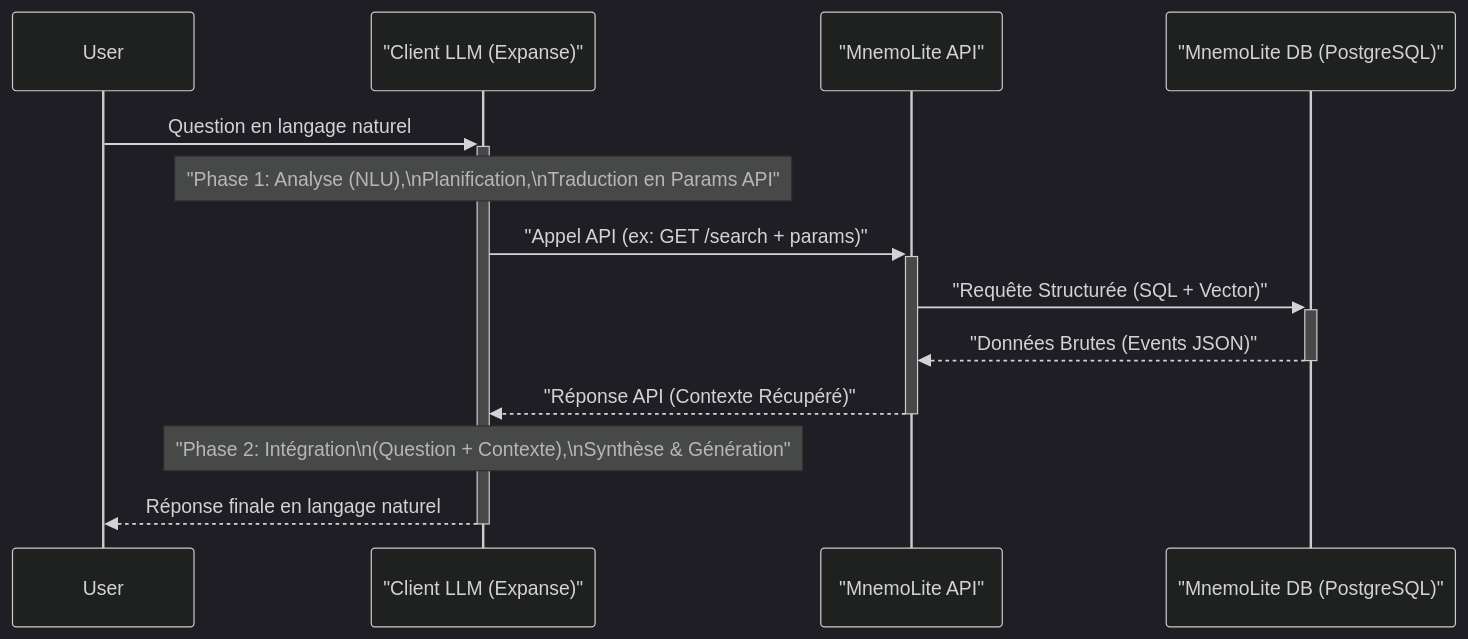
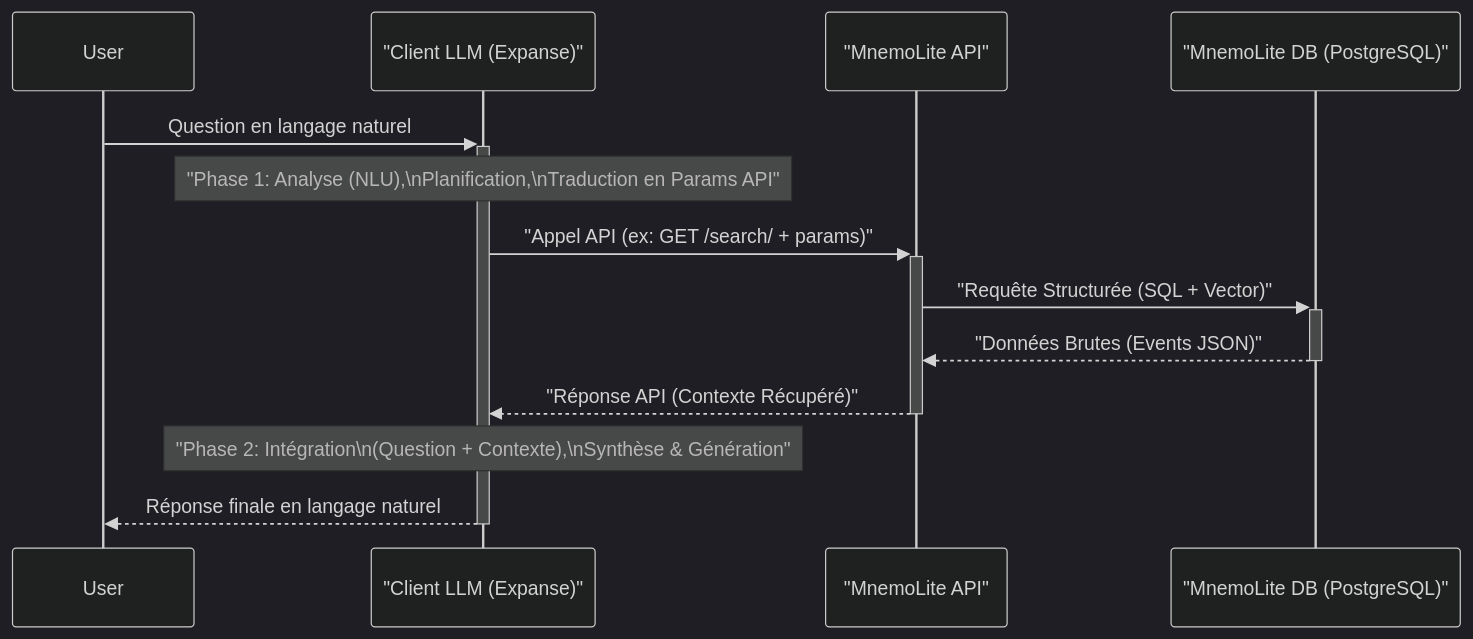
The diagram in docs/Specification_API.md (giak/mnemo-lite), drawn with Mermaid (dark theme) before and after one commit. The commit also changed other lines of this file and 69 other files, not shown here.

````diff
--- a/docs/Specification_API.md
+++ b/docs/Specification_API.md
@@ -381,16 +397,16 @@
 ```mermaid
 sequenceDiagram
     participant User
     participant Client_LLM as "Client LLM (Expanse)"
     participant MnemoLite_API as "MnemoLite API"
     participant MnemoLite_DB as "MnemoLite DB (PostgreSQL)"
 
     User->>+Client_LLM: Question en langage naturel
     Note over Client_LLM: "Phase 1: Analyse (NLU),\nPlanification,\nTraduction en Params API"
-    Client_LLM->>+MnemoLite_API: "Appel API (ex: GET /search + params)"
+    Client_LLM->>+MnemoLite_API: "Appel API (ex: GET /search/ + params)"
     MnemoLite_API->>+MnemoLite_DB: "Requête Structurée (SQL + Vector)"
     MnemoLite_DB-->>-MnemoLite_API: "Données Brutes (Events JSON)"
     MnemoLite_API-->>-Client_LLM: "Réponse API (Contexte Récupéré)"
     Note over Client_LLM: "Phase 2: Intégration\n(Question + Contexte),\nSynthèse & Génération"
     Client_LLM-->>-User: Réponse finale en langage naturel
 ```
````
